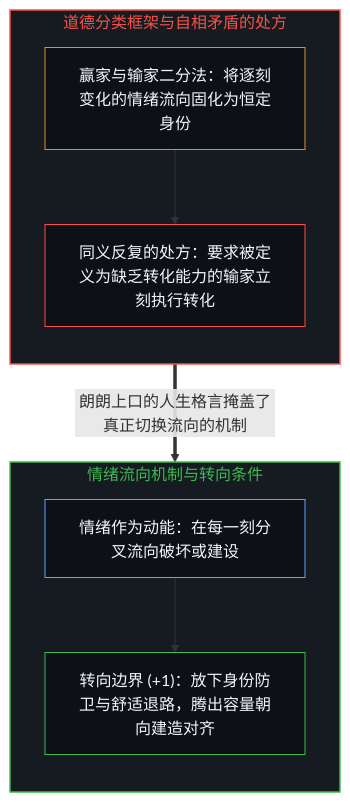
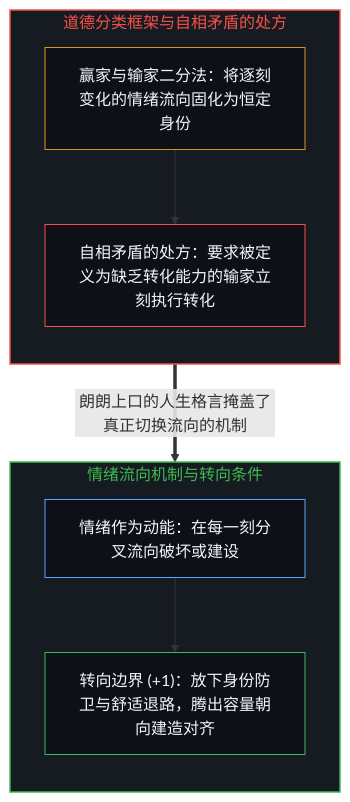
Before and after one commit to powerpig99/not-a-toe: the first of 2 diagrams in content/posts/huberman-winners-losers.md, drawn with Mermaid. The commit also changed other lines of this file and 9 other files, not shown here.

````diff
--- a/content/posts/huberman-winners-losers.md
+++ b/content/posts/huberman-winners-losers.md
@@ -17,22 +17,22 @@
 ```mermaid
 flowchart TD
     subgraph S_Moral["道德分类框架与自相矛盾的处方"]
         direction TB
         Label["赢家与输家二分法：将逐刻变化的情绪流向固化为恒定身份"]
-        Paradox["同义反复的处方：要求被定义为缺乏转化能力的输家立刻执行转化"]
+        Paradox["自相矛盾的处方：要求被定义为缺乏转化能力的输家立刻执行转化"]
         Label --> Paradox
     end
     subgraph S_Flow["情绪流向机制与转向条件"]
         direction TB
         Affect["情绪作为动能：在每一刻分叉流向破坏或建设"]
         Shift["转向边界 (+1)：放下身份防卫与舒适退路，腾出容量朝向建造对齐"]
         Affect --> Shift
     end
     Paradox ==>|"朗朗上口的人生格言掩盖了真正切换流向的机制"| Affect
     style S_Moral fill:#161b22,stroke:#f85149,stroke-width:1.5px,color:#f85149
     style S_Flow fill:#161b22,stroke:#3fb950,stroke-width:1.5px,color:#3fb950
     style Label fill:#0d1117,stroke:#d29922,stroke-width:1px,color:#f0f6fc
     style Paradox fill:#0d1117,stroke:#f85149,stroke-width:1px,color:#f0f6fc
     style Affect fill:#0d1117,stroke:#58a6ff,stroke-width:1px,color:#f0f6fc
     style Shift fill:#0d1117,stroke:#3fb950,stroke-width:1px,color:#f0f6fc
 ```
````
